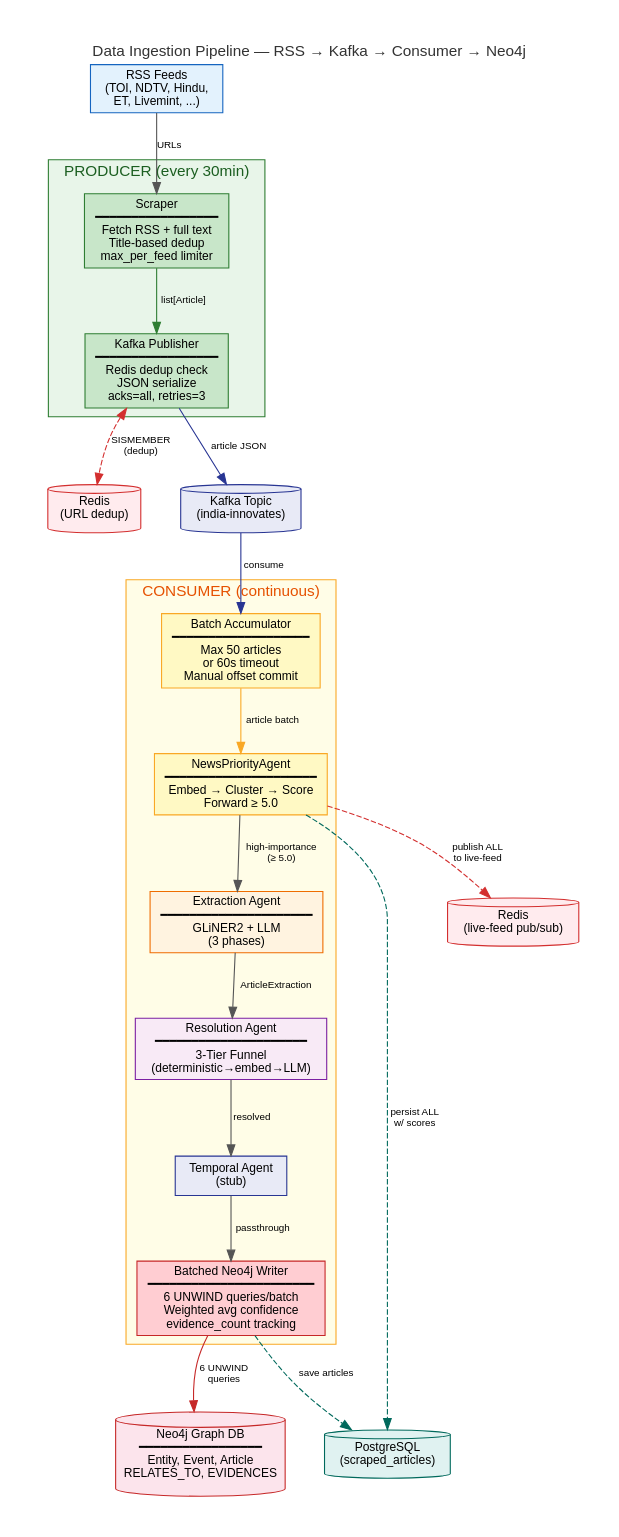
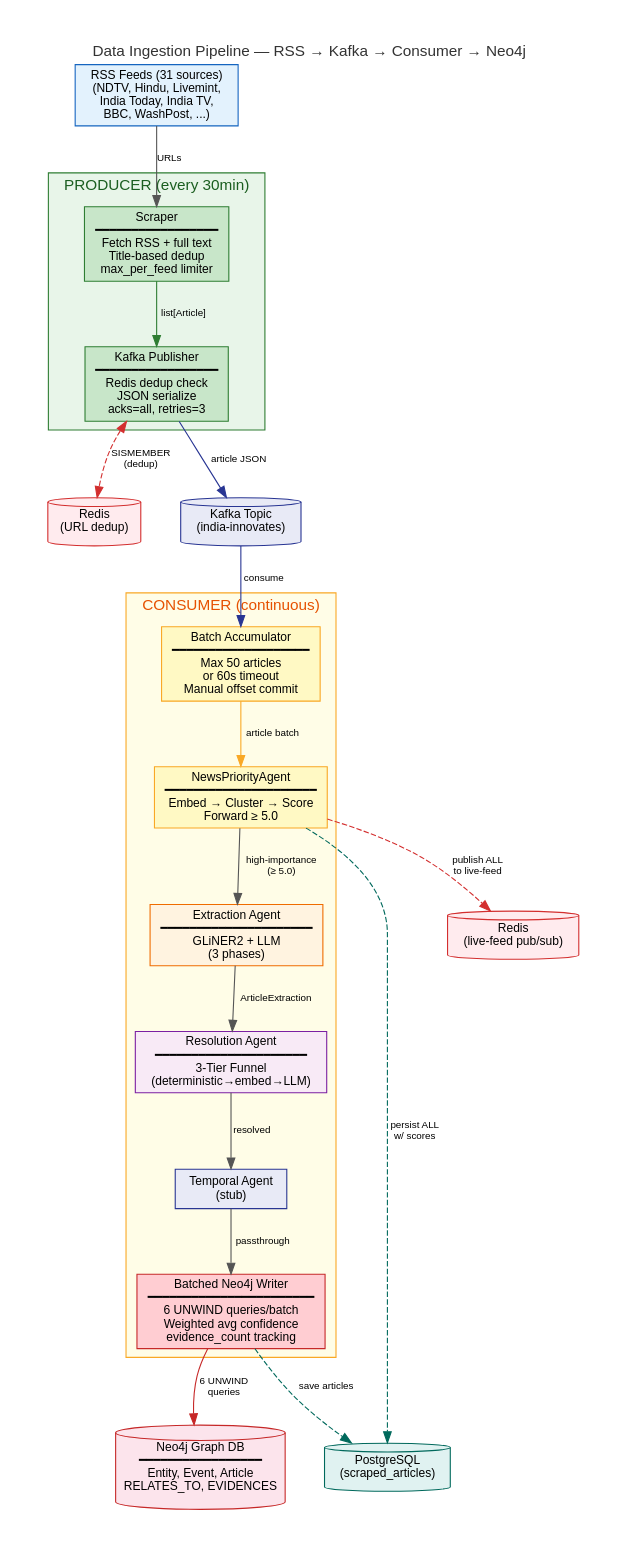
One commit to rustedshader/india-innovates-backend changed the diagram in docs/architecture-images/arch-data-ingestion.dot. Above: the diagram before and after it, drawn with Graphviz. The commit also changed 93 other files, not shown here.

```diff
--- a/docs/architecture-images/arch-data-ingestion.dot
+++ b/docs/architecture-images/arch-data-ingestion.dot
@@ -1,65 +1,65 @@
 digraph data_ingestion {
     rankdir=TB;
     fontname="Helvetica";
     node [fontname="Helvetica", fontsize=11, style=filled, shape=box, rounded=true];
     edge [fontname="Helvetica", fontsize=9];
     bgcolor="white";
     pad=0.4;
     nodesep=0.5;
     ranksep=0.7;
     label="Data Ingestion Pipeline — RSS → Kafka → Consumer → Neo4j";
     labelloc=t;
     fontsize=14;
     fontcolor="#333333";
 
     // Sources
-    rss [label="RSS Feeds\n(TOI, NDTV, Hindu,\nET, Livemint, ...)", fillcolor="#E3F2FD", color="#1565C0"];
+    rss [label="RSS Feeds (31 sources)\n(NDTV, Hindu, Livemint,\nIndia Today, India TV,\nBBC, WashPost, ...)", fillcolor="#E3F2FD", color="#1565C0"];
 
     // Producer
     subgraph cluster_producer {
         label="PRODUCER (every 30min)";
         style=filled; fillcolor="#E8F5E9"; color="#2E7D32"; fontcolor="#1B5E20";
 
         scraper [label="Scraper\n━━━━━━━━━━━━━━━━━\nFetch RSS + full text\nTitle-based dedup\nmax_per_feed limiter", fillcolor="#C8E6C9", color="#2E7D32"];
         publisher [label="Kafka Publisher\n━━━━━━━━━━━━━━━━━\nRedis dedup check\nJSON serialize\nacks=all, retries=3", fillcolor="#C8E6C9", color="#2E7D32"];
         scraper -> publisher [label="list[Article]", color="#2E7D32"];
     }
 
     // Infrastructure
     redis [label="Redis\n(URL dedup)", fillcolor="#FFEBEE", color="#D32F2F", shape=cylinder];
     kafka [label="Kafka Topic\n(india-innovates)", fillcolor="#E8EAF6", color="#283593", shape=cylinder];
 
     // Consumer
     subgraph cluster_consumer {
         label="CONSUMER (continuous)";
         style=filled; fillcolor="#FFFDE7"; color="#F9A825"; fontcolor="#E65100";
 
         batch [label="Batch Accumulator\n━━━━━━━━━━━━━━━━━━━\nMax 50 articles\nor 60s timeout\nManual offset commit", fillcolor="#FFF9C4", color="#F9A825"];
         priority [label="NewsPriorityAgent\n━━━━━━━━━━━━━━━━━━━━━\nEmbed → Cluster → Score\nForward ≥ 5.0", fillcolor="#FFF9C4", color="#F9A825"];
         extraction [label="Extraction Agent\n━━━━━━━━━━━━━━━━━━━━━\nGLiNER2 + LLM\n(3 phases)", fillcolor="#FFF3E0", color="#EF6C00"];
         resolution [label="Resolution Agent\n━━━━━━━━━━━━━━━━━━━━━\n3-Tier Funnel\n(deterministic→embed→LLM)", fillcolor="#F8EAF6", color="#7B1FA2"];
         temporal [label="Temporal Agent\n(stub)", fillcolor="#E8EAF6", color="#283593"];
         writer [label="Batched Neo4j Writer\n━━━━━━━━━━━━━━━━━━━━━━━\n6 UNWIND queries/batch\nWeighted avg confidence\nevidence_count tracking", fillcolor="#FFCDD2", color="#C62828"];
 
         batch -> priority [label="article batch", color="#F9A825"];
         priority -> extraction [label="high-importance\n(≥ 5.0)", color="#555555"];
         extraction -> resolution [label="ArticleExtraction", color="#555555"];
         resolution -> temporal [label="resolved", color="#555555"];
         temporal -> writer [label="passthrough", color="#555555"];
     }
 
     // Storage
     neo4j [label="Neo4j Graph DB\n━━━━━━━━━━━━━━━━━\nEntity, Event, Article\nRELATES_TO, EVIDENCES", fillcolor="#FCE4EC", color="#C62828", shape=cylinder];
     postgres [label="PostgreSQL\n(scraped_articles)", fillcolor="#E0F2F1", color="#00695C", shape=cylinder];
     live_redis [label="Redis\n(live-feed pub/sub)", fillcolor="#FFEBEE", color="#D32F2F", shape=cylinder];
 
     // Edges
     rss -> scraper [label="URLs", color="#555555"];
     publisher -> redis [label="SISMEMBER\n(dedup)", color="#D32F2F", style=dashed, dir=both];
     publisher -> kafka [label="article JSON", color="#283593"];
     kafka -> batch [label="consume", color="#283593"];
     priority -> postgres [label="persist ALL\nw/ scores", color="#00695C", style=dashed];
     writer -> neo4j [label="6 UNWIND\nqueries", color="#C62828"];
     writer -> postgres [label="save articles", color="#00695C", style=dashed];
     priority -> live_redis [label="publish ALL\nto live-feed", color="#D32F2F", style=dashed];
 }
```
